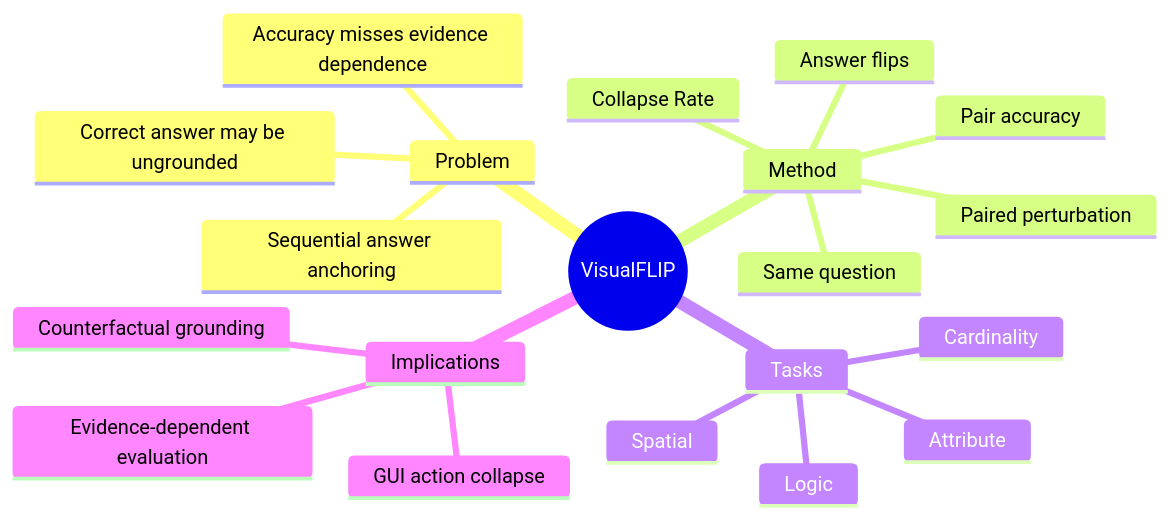
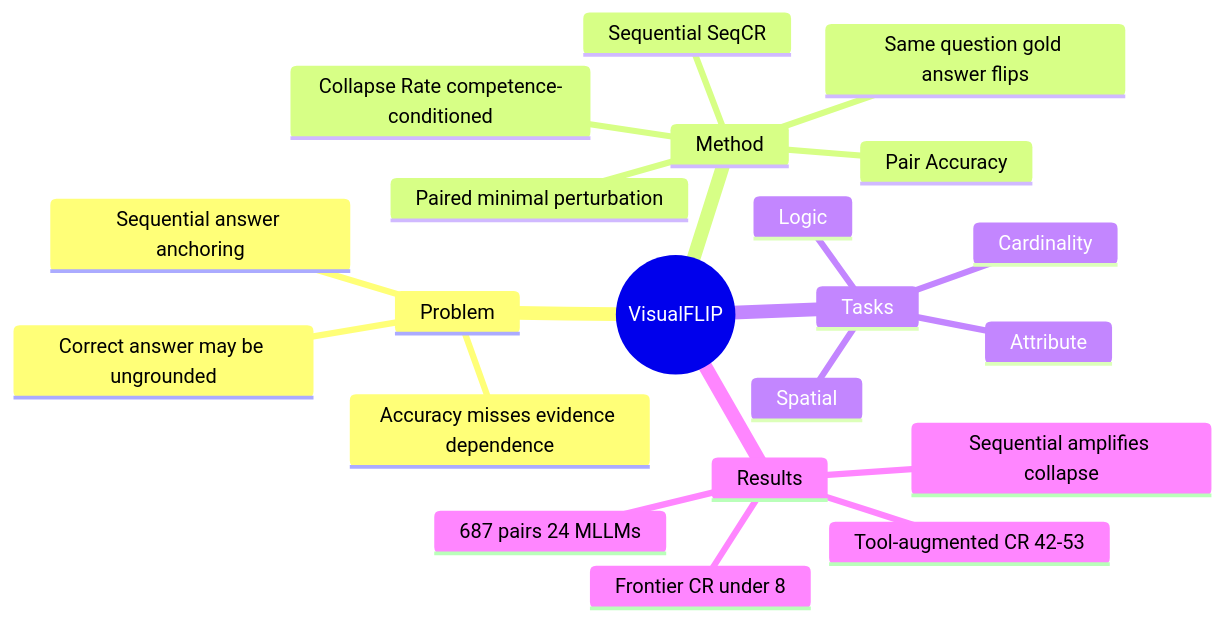
One commit to Kendrick-Stein/MCISLAB_DeepRead changed the diagram in Papers/2606-VisualFLIP.md. Above: the diagram before and after it, drawn with Mermaid. The commit also changed other lines of this file and 21 other files, not shown here.

````diff
--- a/Papers/2606-VisualFLIP.md
+++ b/Papers/2606-VisualFLIP.md
@@ -80,23 +73,24 @@
 ```mermaid
 mindmap
   root((VisualFLIP))
     Problem
       Correct answer may be ungrounded
       Accuracy misses evidence dependence
       Sequential answer anchoring
     Method
-      Paired perturbation
-      Same question
-      Answer flips
-      Pair accuracy
-      Collapse Rate
+      Paired minimal perturbation
+      Same question gold answer flips
+      Pair Accuracy
+      Collapse Rate competence-conditioned
+      Sequential SeqCR
     Tasks
       Cardinality
       Attribute
       Spatial
       Logic
-    Implications
-      Counterfactual grounding
-      GUI action collapse
-      Evidence-dependent evaluation
+    Results
+      687 pairs 24 MLLMs
+      Frontier CR under 8
+      Tool-augmented CR 42-53
+      Sequential amplifies collapse
 ```
````
